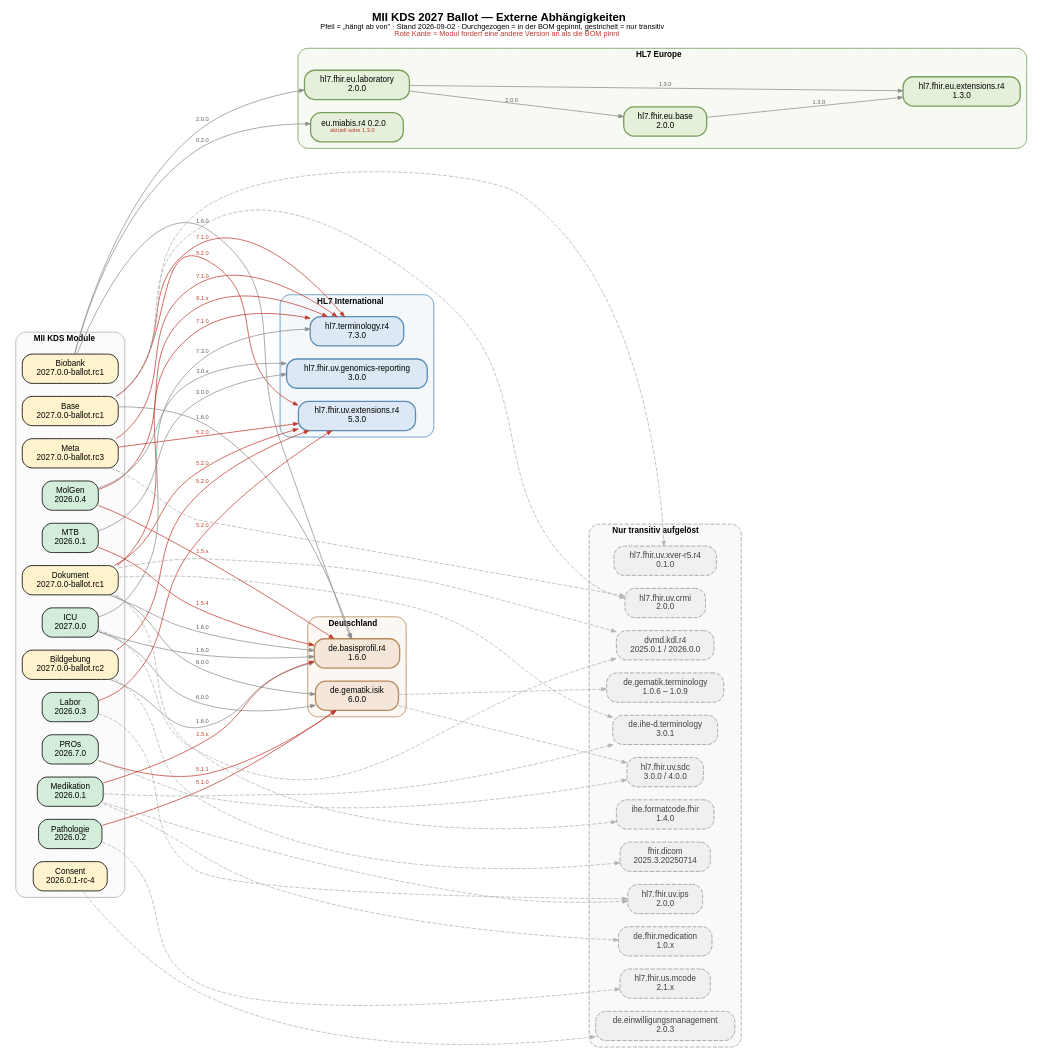
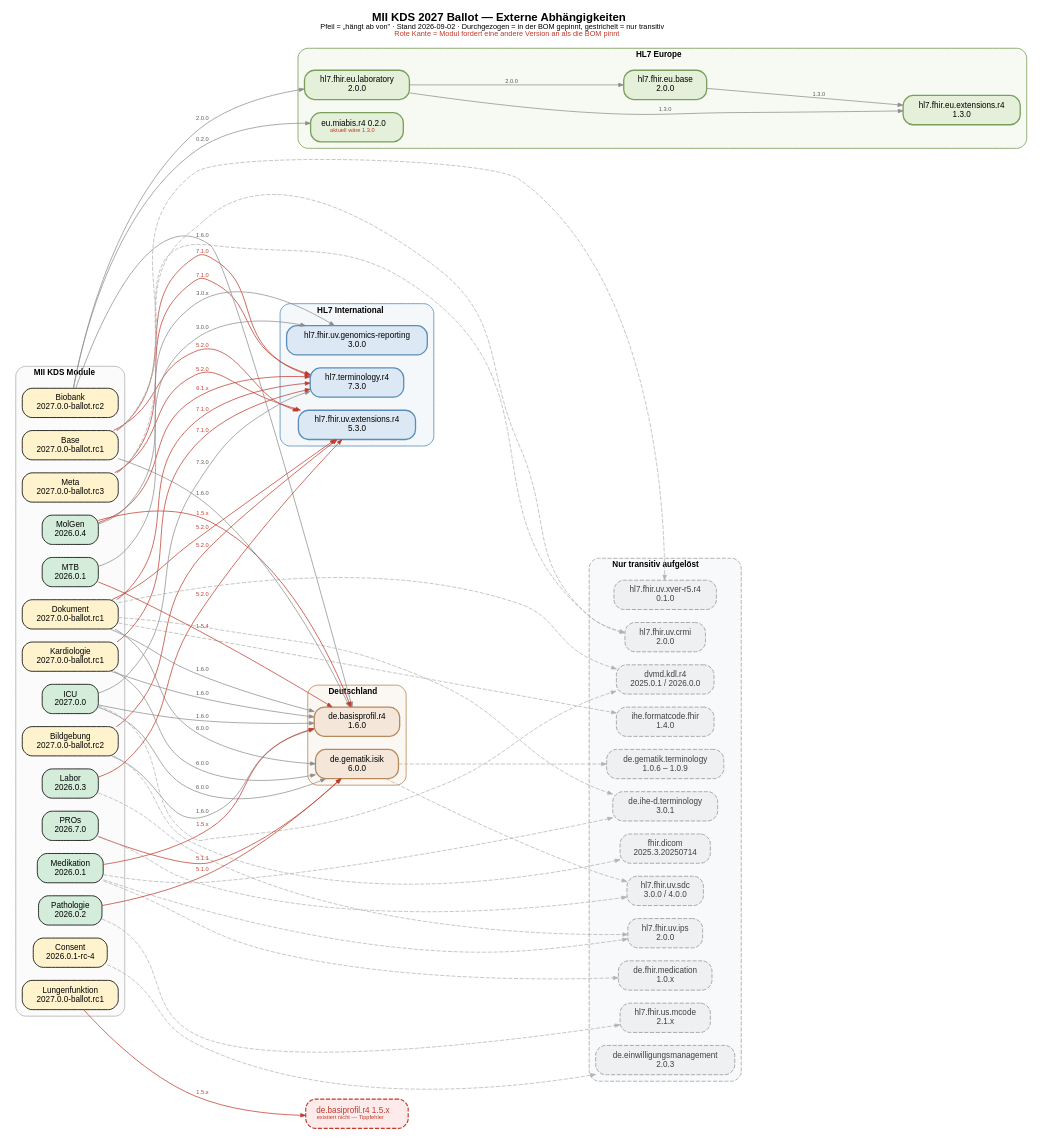
One commit to medizininformatik-initiative/kerndatensatz-complete changed the diagram in dep-graph-2027-extern.dot. Above: the diagram before and after it, drawn with Graphviz. The commit also changed 10 other files, not shown here.

First line of the commit message:
Kardiologie und Lungenfunktion aufnehmen, Biobank auf ballot.rc2

```diff
--- a/dep-graph-2027-extern.dot
+++ b/dep-graph-2027-extern.dot
@@ -1,152 +1,163 @@
 // MII KDS 2027 Ballot — Externe Abhängigkeiten
 //
 // Quelle:     dep-graph-2027-extern.dot
 // Generiert:  dot -Tpng dep-graph-2027-extern.dot -o input/images/dep-graph-2027-extern.png
 //             dot -Tsvg dep-graph-2027-extern.dot -o input/images/dep-graph-2027-extern.svg
 //
 // Kästen:  durchgezogen = in der BOM gepinnt · gestrichelt = nur transitiv aufgelöst
 // Kanten:  Beschriftung = Version, die das Modul deklariert
 //          rot = weicht von der BOM-Pinnung ab
 
 digraph MII_KDS_2027_Extern {
     rankdir=LR;
     bgcolor="white";
     fontname="Helvetica";
     node [shape=box, style="rounded,filled", fontname="Helvetica", fontsize=10, margin="0.18,0.09"];
     edge [color="gray55", arrowsize=0.6, penwidth=0.9, fontname="Helvetica", fontsize=7, fontcolor="gray35"];
     nodesep=0.22;
     ranksep=2.6;
 
     labelloc="t";
     label=<<B>MII KDS 2027 Ballot — Externe Abhängigkeiten</B><BR/><FONT POINT-SIZE="9">Pfeil = „hängt ab von" · Stand 2026-09-02 · Durchgezogen = in der BOM gepinnt, gestrichelt = nur transitiv<BR/><FONT COLOR="#c0392b">Rote Kante = Modul fordert eine andere Version an als die BOM pinnt</FONT></FONT>>;
     fontsize=14;
 
     // ════════════ MII-Module ════════════
     subgraph cluster_mii {
         label=<<B>MII KDS Module</B>>;
         style="rounded"; color="gray70"; bgcolor="#fbfbfc"; fontsize=10;
 
         m_base   [label="Base\n2027.0.0-ballot.rc1", fillcolor="#fff3cd"];
         m_meta   [label="Meta\n2027.0.0-ballot.rc3", fillcolor="#fff3cd"];
-        m_bio    [label="Biobank\n2027.0.0-ballot.rc1", fillcolor="#fff3cd"];
+        m_bio    [label="Biobank\n2027.0.0-ballot.rc2", fillcolor="#fff3cd"];
         m_dok    [label="Dokument\n2027.0.0-ballot.rc1", fillcolor="#fff3cd"];
         m_bild   [label="Bildgebung\n2027.0.0-ballot.rc2", fillcolor="#fff3cd"];
         m_icu    [label="ICU\n2027.0.0", fillcolor="#d4edda"];
         m_labor  [label="Labor\n2026.0.3", fillcolor="#d4edda"];
         m_medi   [label="Medikation\n2026.0.1", fillcolor="#d4edda"];
         m_molgen [label="MolGen\n2026.0.4", fillcolor="#d4edda"];
         m_mtb    [label="MTB\n2026.0.1", fillcolor="#d4edda"];
         m_patho  [label="Pathologie\n2026.0.2", fillcolor="#d4edda"];
         m_pros   [label="PROs\n2026.7.0", fillcolor="#d4edda"];
         m_cons   [label="Consent\n2026.0.1-rc-4", fillcolor="#fff3cd"];
+        m_kard   [label="Kardiologie\n2027.0.0-ballot.rc1", fillcolor="#fff3cd"];
+        m_lufu   [label="Lungenfunktion\n2027.0.0-ballot.rc1", fillcolor="#fff3cd"];
     }
 
     // ════════════ Gepinnt: HL7 International ════════════
     subgraph cluster_hl7 {
         label=<<B>HL7 International</B>>;
         style="rounded"; color="#5b8db8"; bgcolor="#f4f8fb"; fontsize=10;
 
         tho  [label="hl7.terminology.r4\n7.3.0",            fillcolor="#dce9f4", color="#5b8db8", penwidth=1.6];
         ext  [label="hl7.fhir.uv.extensions.r4\n5.3.0",     fillcolor="#dce9f4", color="#5b8db8", penwidth=1.6];
         geno [label="hl7.fhir.uv.genomics-reporting\n3.0.0", fillcolor="#dce9f4", color="#5b8db8", penwidth=1.6];
     }
 
     // ════════════ Gepinnt: HL7 Europe ════════════
     subgraph cluster_eu {
         label=<<B>HL7 Europe</B>>;
         style="rounded"; color="#7a9e5b"; bgcolor="#f6faf3"; fontsize=10;
 
         eubase [label="hl7.fhir.eu.base\n2.0.0",         fillcolor="#e4f0da", color="#7a9e5b", penwidth=1.6];
         eulab  [label="hl7.fhir.eu.laboratory\n2.0.0",   fillcolor="#e4f0da", color="#7a9e5b", penwidth=1.6];
         euext  [label="hl7.fhir.eu.extensions.r4\n1.3.0", fillcolor="#e4f0da", color="#7a9e5b", penwidth=1.6];
         miabis [label=<eu.miabis.r4 0.2.0<BR/><FONT POINT-SIZE="7" COLOR="#c0392b">aktuell wäre 1.3.0</FONT>>, fillcolor="#e4f0da", color="#7a9e5b", penwidth=1.6];
     }
 
     // ════════════ Gepinnt: Deutschland ════════════
     subgraph cluster_de {
         label=<<B>Deutschland</B>>;
         style="rounded"; color="#b8895b"; bgcolor="#fbf7f3"; fontsize=10;
 
         basis [label="de.basisprofil.r4\n1.6.0",  fillcolor="#f4e7da", color="#b8895b", penwidth=1.6];
         isik  [label="de.gematik.isik\n6.0.0",    fillcolor="#f4e7da", color="#b8895b", penwidth=1.6];
     }
 
     // ════════════ Nur transitiv ════════════
     subgraph cluster_trans {
         label=<<B>Nur transitiv aufgelöst</B>>;
         style="rounded,dashed"; color="gray65"; bgcolor="#f8f9fa"; fontsize=10;
 
         node [style="rounded,filled,dashed", fillcolor="#eef0f2", color="gray60", fontcolor="gray25"];
         ips   [label="hl7.fhir.uv.ips\n2.0.0"];
         sdc   [label="hl7.fhir.uv.sdc\n3.0.0 / 4.0.0"];
         mcode [label="hl7.fhir.us.mcode\n2.1.x"];
         crmi  [label="hl7.fhir.uv.crmi\n2.0.0"];
         xver  [label="hl7.fhir.uv.xver-r5.r4\n0.1.0"];
         dicom [label="fhir.dicom\n2025.3.20250714"];
         kdl   [label="dvmd.kdl.r4\n2025.0.1 / 2026.0.0"];
         ihed  [label="de.ihe-d.terminology\n3.0.1"];
         fmt   [label="ihe.formatcode.fhir\n1.4.0"];
         demed [label="de.fhir.medication\n1.0.x"];
         einw  [label="de.einwilligungsmanagement\n2.0.3"];
         gtermi[label="de.gematik.terminology\n1.0.6 – 1.0.9"];
     }
+
+    // ════════════ Nicht aufloesbar ════════════
+    basitypo [label=<de.basiprofil.r4 1.5.x<BR/><FONT POINT-SIZE="7">existiert nicht — Tippfehler</FONT>>, shape=box, style="rounded,filled,dashed", fillcolor="#fdeaea", color="#c0392b", fontcolor="#c0392b", penwidth=1.4];
 
     // ════════════ Kanten: Terminology ════════════
     m_icu -> tho [label="7.3.0"];
     m_base -> tho [label="7.1.0", color="#c0392b", fontcolor="#c0392b"];
     m_meta -> tho [label="7.1.0", color="#c0392b", fontcolor="#c0392b"];
     m_dok  -> tho [label="7.1.0", color="#c0392b", fontcolor="#c0392b"];
     m_molgen -> tho [label="6.1.x", color="#c0392b", fontcolor="#c0392b"];
 
     // ════════════ Kanten: Extensions ════════════
     m_base  -> ext [label="5.2.0", color="#c0392b", fontcolor="#c0392b"];
     m_meta  -> ext [label="5.2.0", color="#c0392b", fontcolor="#c0392b"];
     m_labor -> ext [label="5.2.0", color="#c0392b", fontcolor="#c0392b"];
     m_dok   -> ext [label="5.2.0", color="#c0392b", fontcolor="#c0392b"];
     m_bild  -> ext [label="5.2.0", color="#c0392b", fontcolor="#c0392b"];
 
     // ════════════ Kanten: Clinical Genomics ════════════
     m_molgen -> geno [label="3.0.x"];
     m_mtb    -> geno [label="3.0.0"];
 
     // ════════════ Kanten: EU ════════════
     m_bio -> eulab  [label="2.0.0"];
     m_bio -> miabis [label="0.2.0"];
     eulab -> eubase [label="2.0.0"];
     eulab -> euext  [label="1.3.0"];
     eubase -> euext [label="1.3.0"];
 
     // ════════════ Kanten: Deutschland ════════════
     m_base -> basis [label="1.6.0"];
     m_bio  -> basis [label="1.6.0"];
     m_icu  -> basis [label="1.6.0"];
     m_bild -> basis [label="1.6.0"];
     m_dok  -> basis [label="1.6.0"];
     m_medi -> basis [label="1.5.x", color="#c0392b", fontcolor="#c0392b"];
     m_molgen -> basis [label="1.5.x", color="#c0392b", fontcolor="#c0392b"];
     m_mtb  -> basis [label="1.5.4", color="#c0392b", fontcolor="#c0392b"];
 
     m_icu   -> isik [label="6.0.0"];
     m_dok   -> isik [label="6.0.0"];
     m_patho -> isik [label="5.1.0", color="#c0392b", fontcolor="#c0392b"];
     m_pros  -> isik [label="5.1.1", color="#c0392b", fontcolor="#c0392b"];
 
     // ════════════ Kanten: transitiv ════════════
     m_labor -> ips   [style=dashed, color="gray70"];
     m_medi  -> ips   [style=dashed, color="gray70"];
     m_pros  -> sdc   [style=dashed, color="gray70"];
     isik    -> sdc   [style=dashed, color="gray70"];
     m_patho -> mcode [style=dashed, color="gray70"];
     m_base  -> crmi  [style=dashed, color="gray70"];
     m_meta  -> crmi  [style=dashed, color="gray70"];
     m_base  -> xver  [style=dashed, color="gray70"];
     m_bild  -> dicom [style=dashed, color="gray70"];
     m_dok   -> kdl   [style=dashed, color="gray70"];
     m_icu   -> kdl   [style=dashed, color="gray70"];
     m_dok   -> ihed  [style=dashed, color="gray70"];
     m_medi  -> ihed  [style=dashed, color="gray70"];
     m_dok   -> fmt   [style=dashed, color="gray70"];
     m_medi  -> demed [style=dashed, color="gray70"];
     m_cons  -> einw  [style=dashed, color="gray70"];
     isik    -> gtermi[style=dashed, color="gray70"];
+
+    // ════════════ Kanten: neue Ballot-Module ════════════
+    m_kard -> basis [label="1.6.0"];
+    m_kard -> isik  [label="6.0.0"];
+    m_kard -> tho   [label="7.1.0", color="#c0392b", fontcolor="#c0392b"];
+    m_lufu -> basitypo [label="1.5.x", color="#c0392b", fontcolor="#c0392b"];
 }
```
